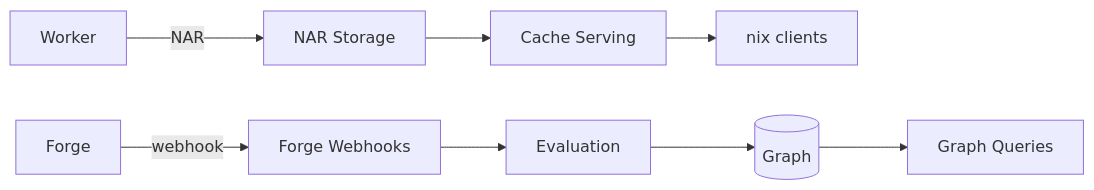
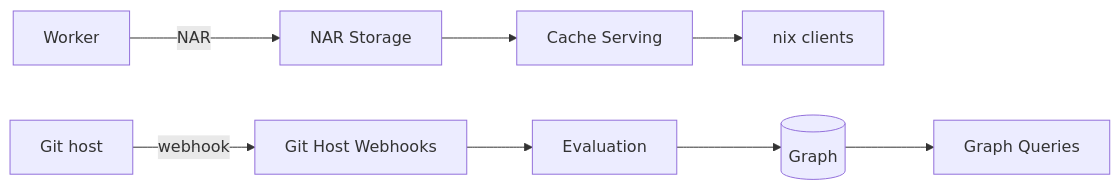
The diagram in docs/src/contributors/internals/index.md (wavelens/gradient), drawn with Mermaid before and after one commit. The commit also changed other lines of this file and 61 other files, not shown here.

````diff
--- a/docs/src/contributors/internals/index.md
+++ b/docs/src/contributors/internals/index.md
@@ -5,10 +5,10 @@
 ```mermaid
 flowchart LR
-    forge[Forge] -->|webhook| hooks[Forge Webhooks]
+    githost[Git host] -->|webhook| hooks[Git Host Webhooks]
     hooks --> eval[Evaluation]
     worker[Worker] -->|NAR| storage[NAR Storage]
     storage --> serving[Cache Serving]
     serving --> nix[nix clients]
     eval --> dag[(Graph)]
     dag --> queries[Graph Queries]
 ```
````
